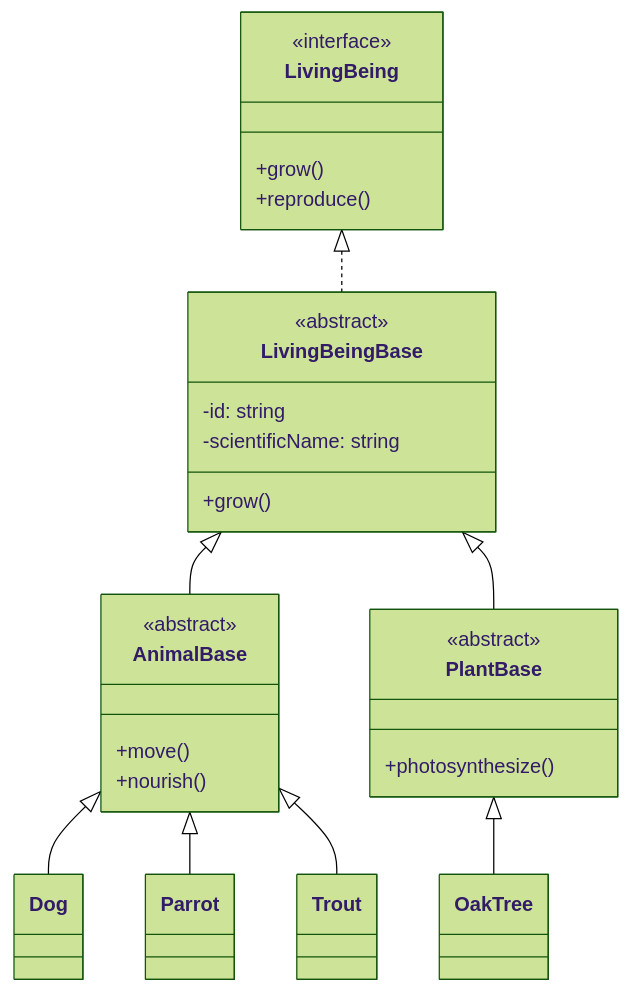
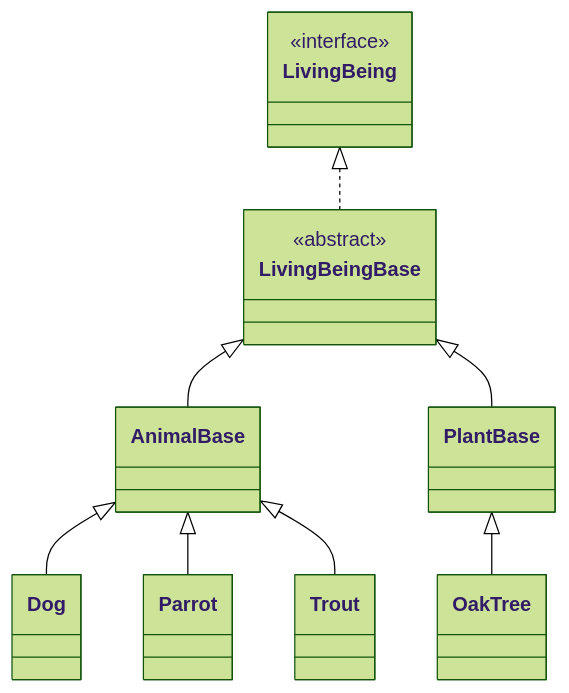
One commit to ULL-ESIT-PAI-2025-2026/2025-2026-pai-solid-uml-25-26-trabajo-pai-solid changed the diagram in src/UML-SOLID/mermaid-codes/Software-architecture.mmd. Above: the diagram before and after it, drawn with Mermaid (forest theme). The commit also changed 7 other files, not shown here.

Commit message:
Mejoras en UML, y añadido el conjunto completo de dependencias y relaciones

```diff
--- a/src/UML-SOLID/mermaid-codes/Software-architecture.mmd
+++ b/src/UML-SOLID/mermaid-codes/Software-architecture.mmd
@@ -1,40 +1,28 @@
 classDiagram
 
 class LivingBeing {
-  <<interface>>
-  +grow()
-  +reproduce()
+ <<interface>>
 }
 
 class LivingBeingBase {
-  <<abstract>>
-  -id: string
-  -scientificName: string
-  +grow()
+ <<abstract>>
 }
 
-class AnimalBase {
-  <<abstract>>
-  +move()
-  +nourish()
-}
+LivingBeing <|.. LivingBeingBase
 
-class PlantBase {
-  <<abstract>>
-  +photosynthesize()
-}
+class AnimalBase
+class PlantBase
+
+LivingBeingBase <|-- AnimalBase
+LivingBeingBase <|-- PlantBase
 
 class Dog
 class Parrot
 class Trout
 class OakTree
 
-LivingBeing <|.. LivingBeingBase
-LivingBeingBase <|-- AnimalBase
-LivingBeingBase <|-- PlantBase
-
 AnimalBase <|-- Dog
 AnimalBase <|-- Parrot
 AnimalBase <|-- Trout
 
 PlantBase <|-- OakTree
```
